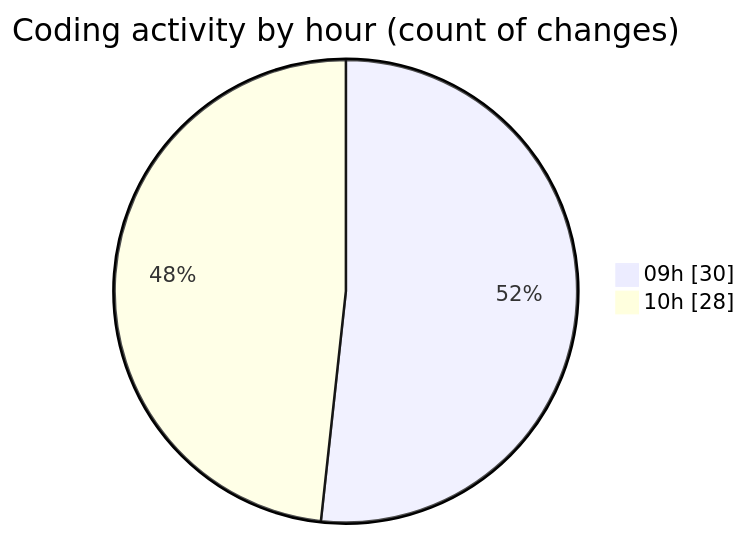
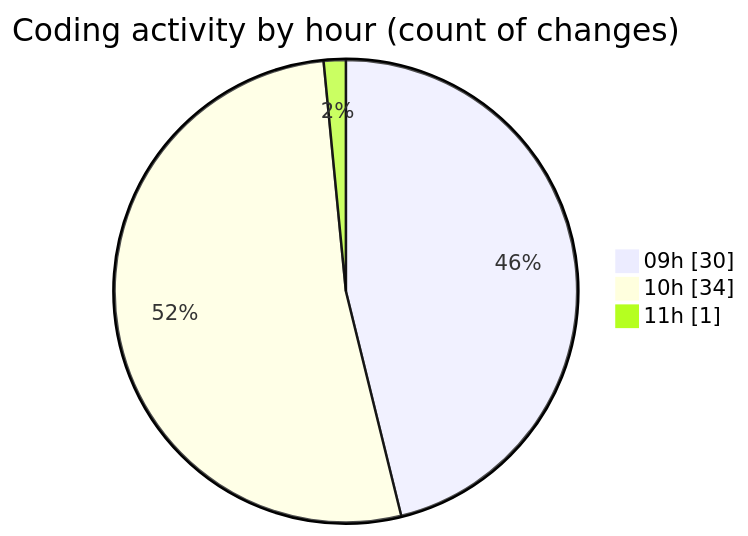
Before and after one commit to momahboobian/code-tracking: the second of 2 diagrams in 2025-04-02/cda/README.md, drawn with Mermaid. The commit also changed other lines of this file and 1 other file, not shown here.

````diff
--- a/2025-04-02/cda/README.md
+++ b/2025-04-02/cda/README.md
@@ -35,6 +35,7 @@
 ```mermaid
 pie showData
 title Coding activity by hour (count of changes)
 "09h" : 30
-"10h" : 28
+"10h" : 34
+"11h" : 1
 ```
````
